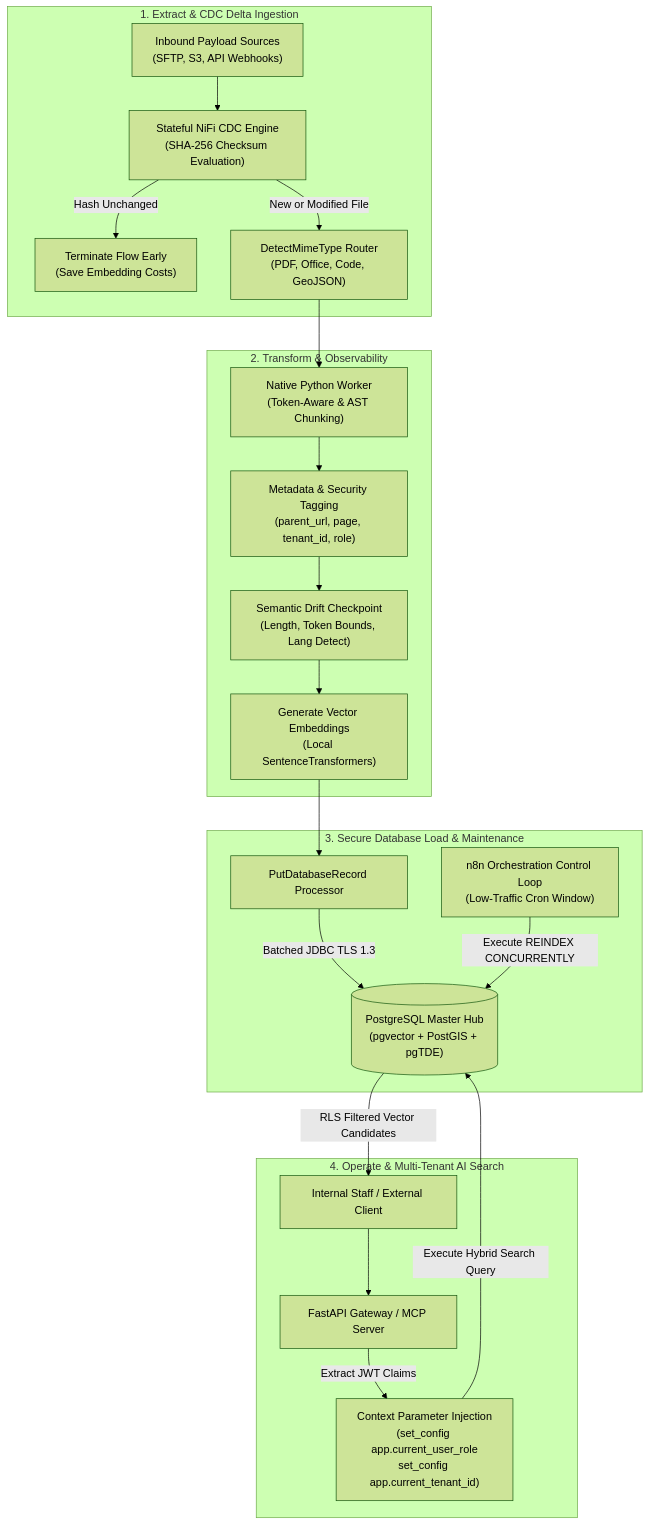
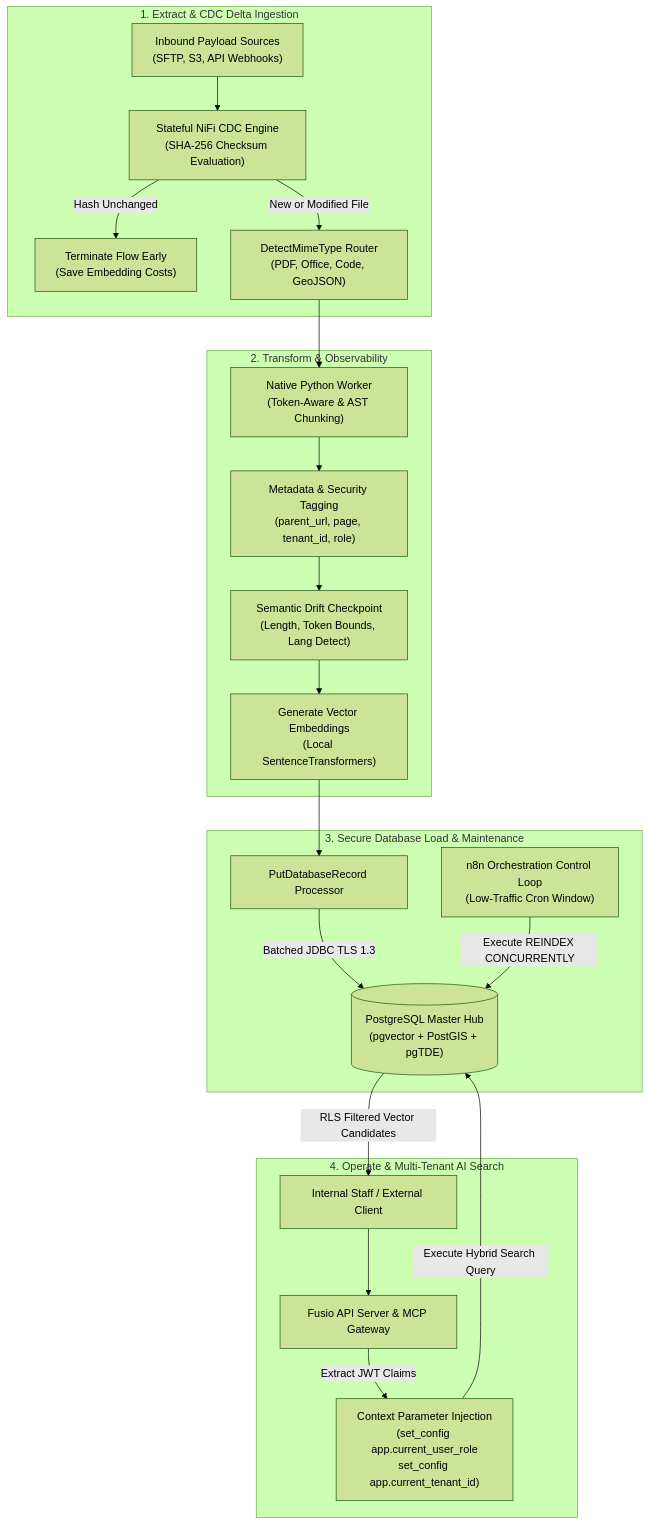
Before and after one commit to linuxmalaysia/bda-ai-infra: the diagram in docs/reference/enterprise-ai-etl-lifecycle-and-multi-tenancy.md, drawn with Mermaid (forest theme). The commit also changed other lines of this file and 1 other file, not shown here.

First line of the commit message:
docs: adopt Fusio API Server, TypeSchema, and self-hosted MCP

````diff
--- a/docs/reference/enterprise-ai-etl-lifecycle-and-multi-tenancy.md
+++ b/docs/reference/enterprise-ai-etl-lifecycle-and-multi-tenancy.md
@@ -189,28 +189,28 @@
 ```mermaid
 flowchart TD
     subgraph Extract ["1. Extract &amp; CDC Delta Ingestion"]
         InboundFiles["Inbound Payload Sources<br/>(SFTP, S3, API Webhooks)"] --> CDCEngine["Stateful NiFi CDC Engine<br/>(SHA-256 Checksum Evaluation)"]
         CDCEngine -->|"Hash Unchanged"| KillFlow["Terminate Flow Early<br/>(Save Embedding Costs)"]
         CDCEngine -->|"New or Modified File"| MimeRouter["DetectMimeType Router<br/>(PDF, Office, Code, GeoJSON)"]
     end
 
     subgraph Transform ["2. Transform &amp; Observability"]
         MimeRouter --> Splitter["Native Python Worker<br/>(Token-Aware &amp; AST Chunking)"]
         Splitter --> MetadataEnricher["Metadata &amp; Security Tagging<br/>(parent_url, page, tenant_id, role)"]
         MetadataEnricher --> Observability["Semantic Drift Checkpoint<br/>(Length, Token Bounds, Lang Detect)"]
         Observability --> Embedder["Generate Vector Embeddings<br/>(Local SentenceTransformers)"]
     end
 
     subgraph Load ["3. Secure Database Load &amp; Maintenance"]
         Embedder --> PutDB["PutDatabaseRecord Processor"]
         PutDB -->|"Batched JDBC TLS 1.3"| PostgresDB[("PostgreSQL Master Hub<br/>(pgvector + PostGIS + pgTDE)")]
         n8nTrigger["n8n Orchestration Control Loop<br/>(Low-Traffic Cron Window)"] -->|"Execute REINDEX CONCURRENTLY"| PostgresDB
     end
 
     subgraph Operate ["4. Operate &amp; Multi-Tenant AI Search"]
-        ClientUser["Internal Staff / External Client"] --> Gateway["FastAPI Gateway / MCP Server"]
+        ClientUser["Internal Staff / External Client"] --> Gateway["Fusio API Server & MCP Gateway"]
         Gateway -->|"Extract JWT Claims"| ContextInject["Context Parameter Injection<br/>(set_config app.current_user_role<br/>set_config app.current_tenant_id)"]
         ContextInject -->|"Execute Hybrid Search Query"| PostgresDB
         PostgresDB -->|"RLS Filtered Vector Candidates"| ClientUser
     end
 ```
````
